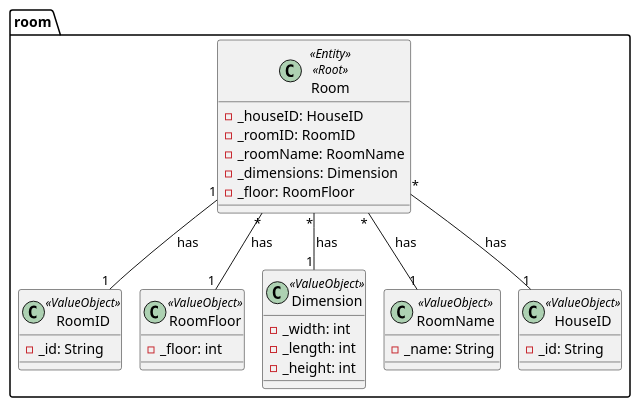
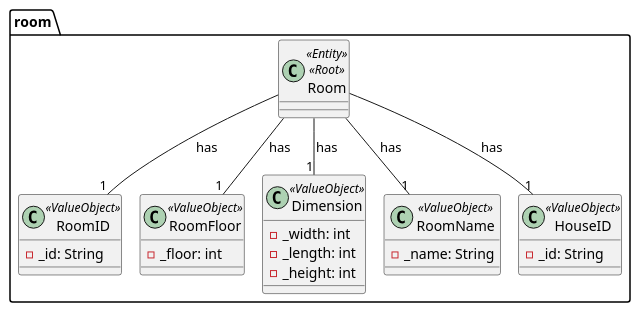
The diagram in docs/ooa/4.agreggateModels/Room.puml (olivDiogo/SmartHome), drawn with PlantUML before and after one commit. The commit also changed 10 other files, not shown here.

```diff
--- a/docs/ooa/4.agreggateModels/Room.puml
+++ b/docs/ooa/4.agreggateModels/Room.puml
@@ -1,37 +1,32 @@
 @startuml
 !pragma layout smetana
 
 package room {
   class Room<<Entity>><<Root>>{
-    -_houseID: HouseID
-    -_roomID: RoomID
-    -_roomName: RoomName
-    -_dimensions: Dimension
-    -_floor: RoomFloor
   }
     class RoomID<<ValueObject>>{
       -_id: String
         }
     class RoomFloor<<ValueObject>>{
       -_floor: int
         }
     class Dimension<<ValueObject>>{
     -_width: int
     -_length: int
     -_height: int
     }
     class RoomName<<ValueObject>>{
       -_name: String
         }
     class HouseID<<ValueObject>>{
       -_id: String
         }
   }
 
-Room "*" -- "1" Dimension: has
-Room "*" -- "1" RoomFloor: has
-Room "1" -- "1" RoomID: has
-Room "*" -- "1" RoomName: has
-Room "*" -- "1" HouseID: has
+Room  -- "1" Dimension: has
+Room  -- "1" RoomFloor: has
+Room  -- "1" RoomID: has
+Room  -- "1" RoomName: has
+Room  -- "1" HouseID: has
 
 @enduml
```
